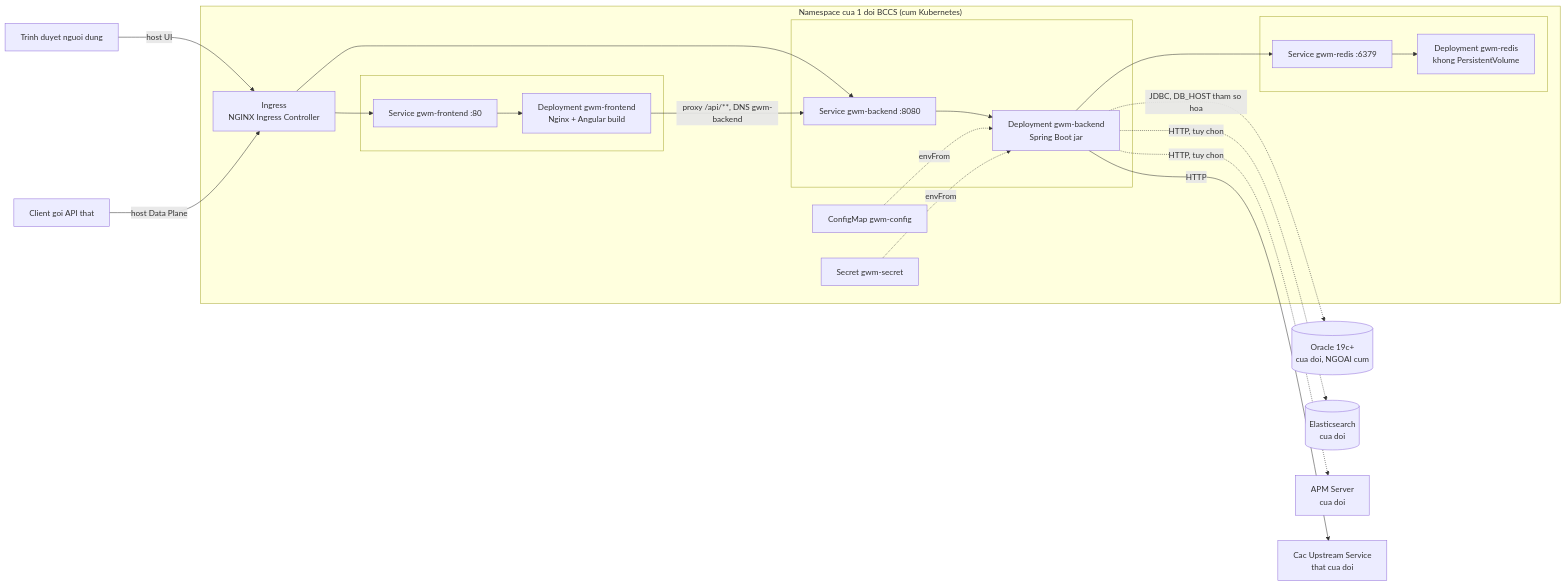
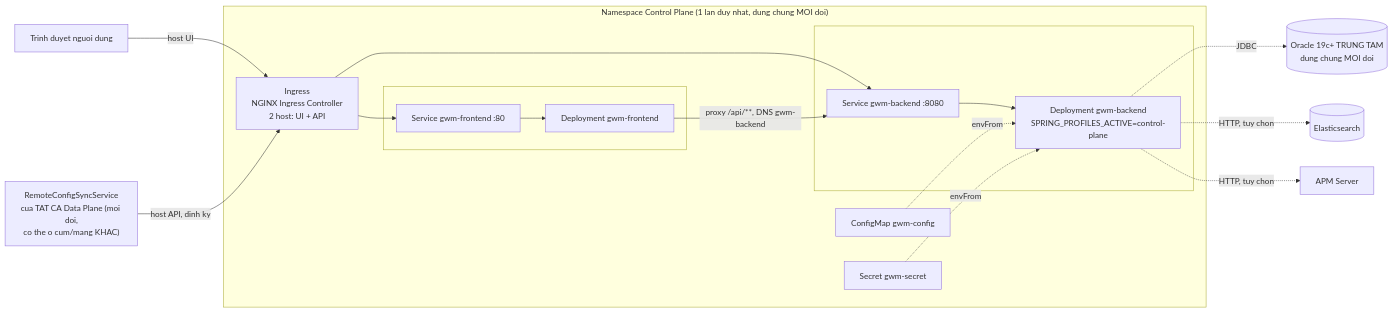
Before and after one commit to namlt24/product_4.0_02082026: the second of 6 diagrams in krakend-gateway-manager/docs/SAD-Gateway-Manager.md, drawn with Mermaid. The commit also changed other lines of this file and 33 other files, not shown here.

````diff
--- a/krakend-gateway-manager/docs/SAD-Gateway-Manager.md
+++ b/krakend-gateway-manager/docs/SAD-Gateway-Manager.md
@@ -173,35 +183,27 @@
 ```mermaid
 flowchart LR
-    subgraph NS["Namespace cua 1 doi BCCS (cum Kubernetes)"]
-        ING[Ingress<br/>NGINX Ingress Controller]
+    subgraph NS["Namespace Control Plane (1 lan duy nhat, dung chung MOI doi)"]
+        ING[Ingress<br/>NGINX Ingress Controller<br/>2 host: UI + API]
         subgraph SVCFE[" "]
             SVCF[Service gwm-frontend :80]
-            PODFE[Deployment gwm-frontend<br/>Nginx + Angular build]
+            PODFE[Deployment gwm-frontend]
         end
         subgraph SVCBE[" "]
             SVCB[Service gwm-backend :8080]
-            PODBE[Deployment gwm-backend<br/>Spring Boot jar]
-        end
-        subgraph SVCRE[" "]
-            SVCR[Service gwm-redis :6379]
-            PODR[Deployment gwm-redis<br/>khong PersistentVolume]
+            PODBE["Deployment gwm-backend<br/>SPRING_PROFILES_ACTIVE=control-plane"]
         end
         CM[ConfigMap gwm-config]
         SEC[Secret gwm-secret]
     end
     BROWSER[Trinh duyet nguoi dung] -->|host UI| ING
-    CLIENT2[Client goi API that] -->|host Data Plane| ING
-    ING --> SVCF
-    ING --> SVCB
+    DPSYNC["RemoteConfigSyncService<br/>cua TAT CA Data Plane (moi doi,<br/>co the o cum/mang KHAC)"] -->|host API, dinh ky| ING
+    ING --> SVCF & SVCB
     SVCF --> PODFE
     PODFE -->|proxy /api/**, DNS gwm-backend| SVCB
     SVCB --> PODBE
-    PODBE --> SVCR
-    SVCR --> PODR
     CM -.->|envFrom| PODBE
     SEC -.->|envFrom| PODBE
-    PODBE -.->|JDBC, DB_HOST tham so hoa| ORACLE_T[(Oracle 19c+<br/>cua doi, NGOAI cum)]
-    PODBE -.->|HTTP, tuy chon| ES_T[(Elasticsearch<br/>cua doi)]
-    PODBE -.->|HTTP, tuy chon| APM_T[APM Server<br/>cua doi]
-    PODBE -->|HTTP| UPSTREAM_T[Cac Upstream Service<br/>that cua doi]
+    PODBE -.->|JDBC| ORACLE_T[(Oracle 19c+ TRUNG TAM<br/>dung chung MOI doi)]
+    PODBE -.->|HTTP, tuy chon| ES_T[(Elasticsearch)]
+    PODBE -.->|HTTP, tuy chon| APM_T[APM Server]
 ```
````
